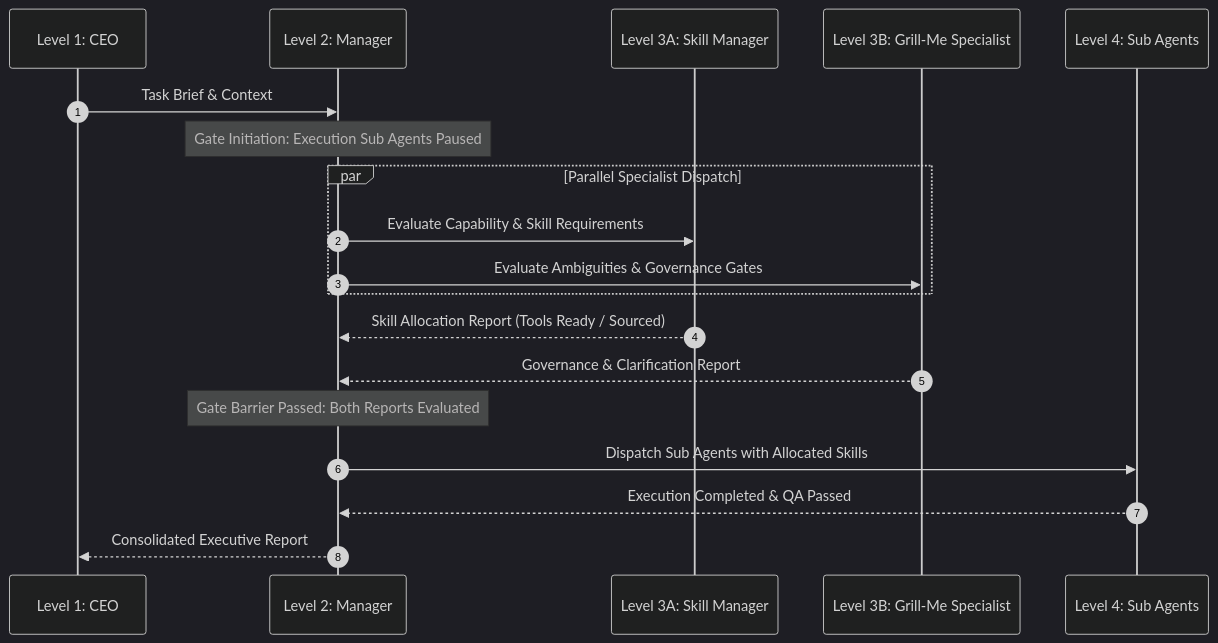
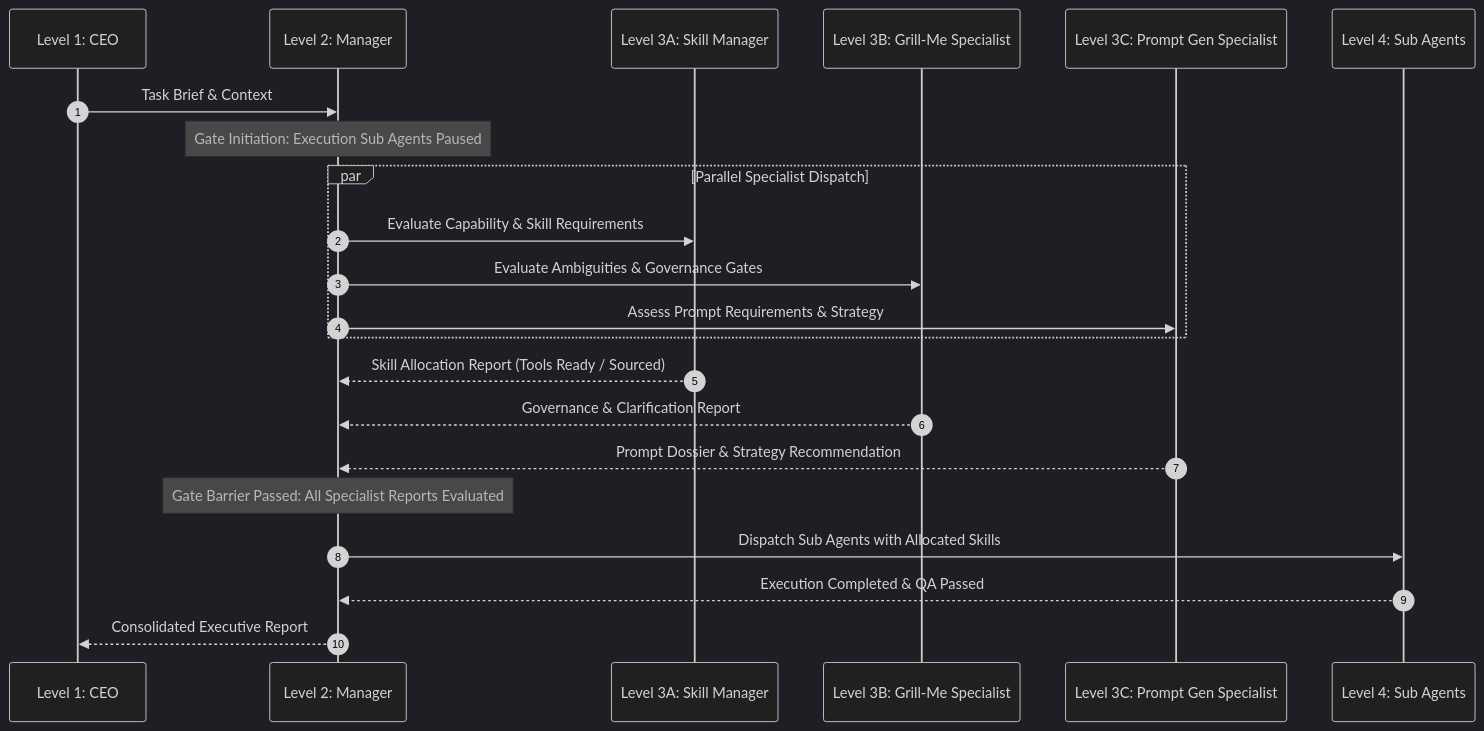
Before and after one commit to aiprincekumar/Interactive-Cursor-Tracking-Portfolio: the second of 3 diagrams in .agents/rules/architecture_recommendation.md, drawn with Mermaid (dark theme). The commit also changed other lines of this file and 8 other files, not shown here.

Commit message:
feat(governance): elevate Phase-wise Prompt Generation Specialist to Level 3C and upgrade Rule 22 decision gate

````diff
--- a/.agents/rules/architecture_recommendation.md
+++ b/.agents/rules/architecture_recommendation.md
@@ -95,22 +103,25 @@
 ```mermaid
 sequenceDiagram
     autonumber
     participant CEO as Level 1: CEO
     participant MGR as Level 2: Manager
     participant SKILL as Level 3A: Skill Manager
     participant GRILL as Level 3B: Grill-Me Specialist
+    participant PROMPT as Level 3C: Prompt Gen Specialist
     participant SUB as Level 4: Sub Agents
 
     CEO->>MGR: Task Brief & Context
     Note over MGR: Gate Initiation: Execution Sub Agents Paused
     par Parallel Specialist Dispatch
         MGR->>SKILL: Evaluate Capability & Skill Requirements
         MGR->>GRILL: Evaluate Ambiguities & Governance Gates
+        MGR->>PROMPT: Assess Prompt Requirements & Strategy
     end
     SKILL-->>MGR: Skill Allocation Report (Tools Ready / Sourced)
     GRILL-->>MGR: Governance & Clarification Report
-    Note over MGR: Gate Barrier Passed: Both Reports Evaluated
+    PROMPT-->>MGR: Prompt Dossier & Strategy Recommendation
+    Note over MGR: Gate Barrier Passed: All Specialist Reports Evaluated
     MGR->>SUB: Dispatch Sub Agents with Allocated Skills
     SUB-->>MGR: Execution Completed & QA Passed
     MGR-->>CEO: Consolidated Executive Report
 ```
````
